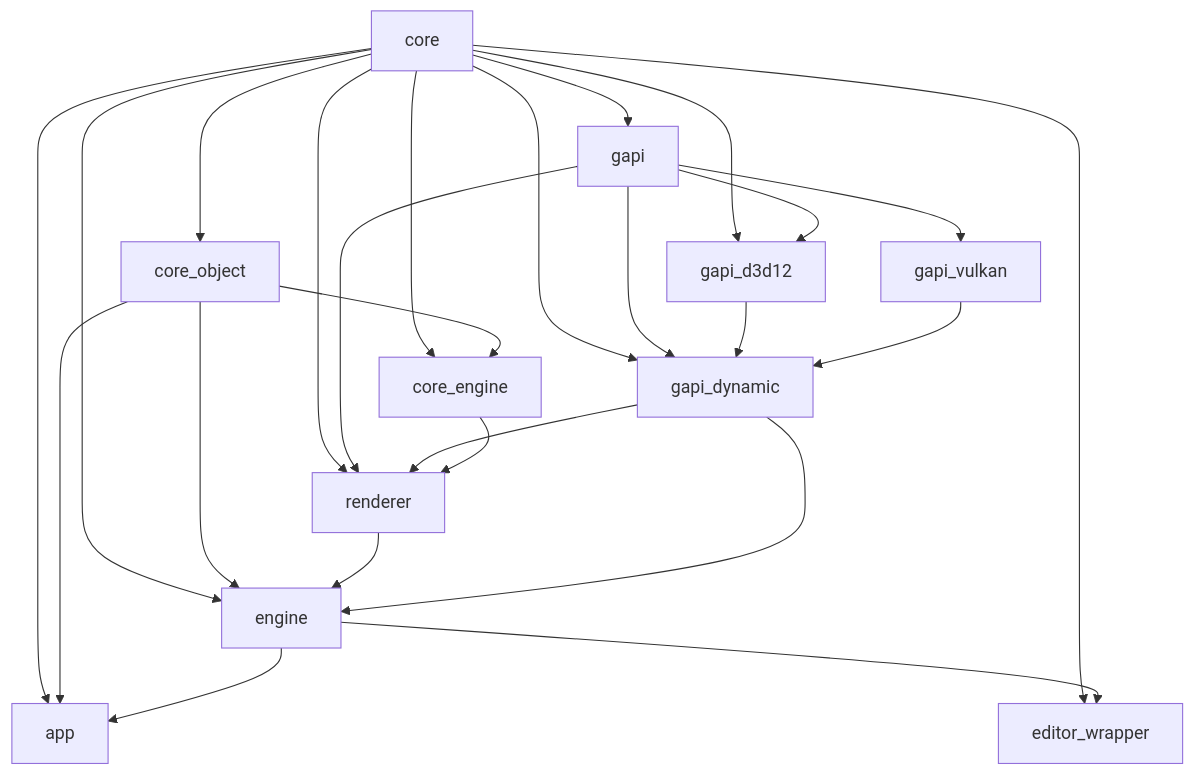
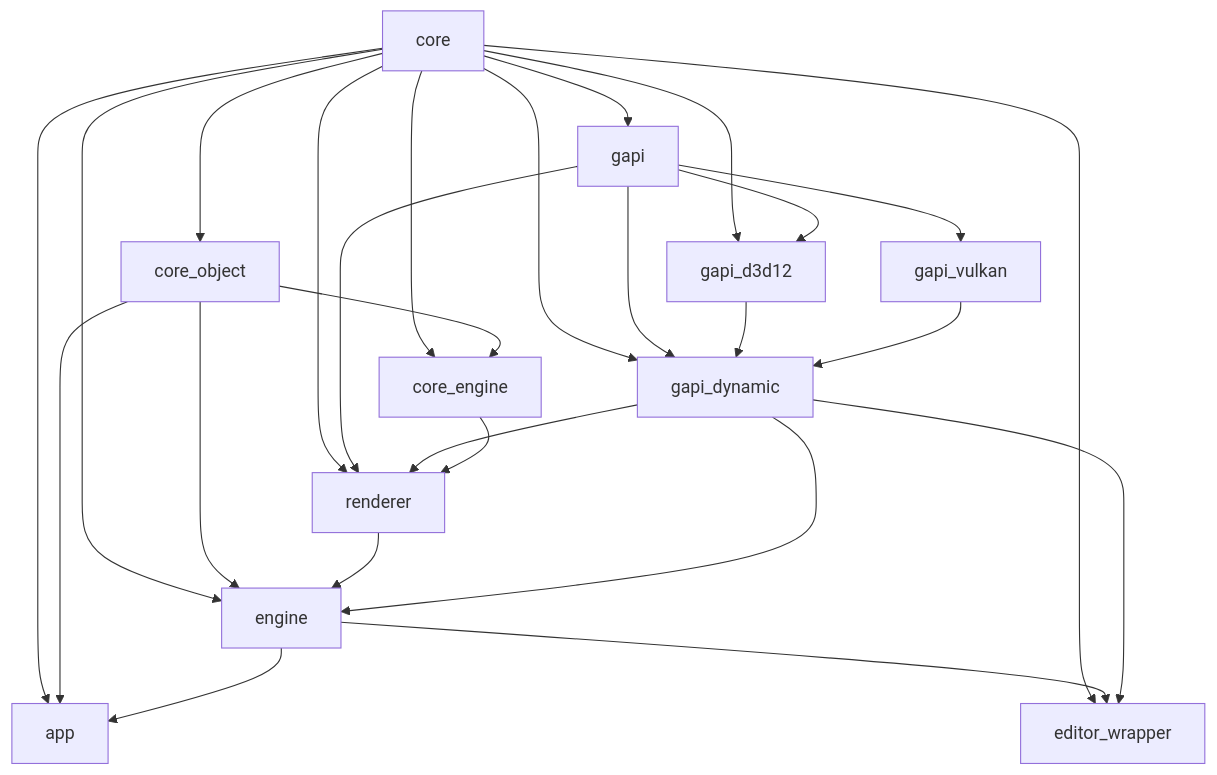
Before and after one commit to hellokenlee/NeneEngine2: the diagram in README.md, drawn with Mermaid. The commit also changed 15 other files, not shown here.

````diff
--- a/README.md
+++ b/README.md
@@ -90,27 +90,28 @@
 ```mermaid
 graph TD
   core --> app
   core_object --> app
   engine --> app
   core --> core_engine
   core_object --> core_engine
   core --> core_object
   core --> editor_wrapper
   engine --> editor_wrapper
+  gapi_dynamic --> editor_wrapper
   core --> engine
   core_object --> engine
   renderer --> engine
   gapi_dynamic --> engine
   core --> gapi
   core --> gapi_d3d12
   gapi --> gapi_d3d12
   core --> gapi_dynamic
   gapi --> gapi_dynamic
   gapi_d3d12 --> gapi_dynamic
   gapi_vulkan --> gapi_dynamic
   gapi --> gapi_vulkan
   core --> renderer
   gapi --> renderer
   gapi_dynamic --> renderer
   core_engine --> renderer
 ```
````
